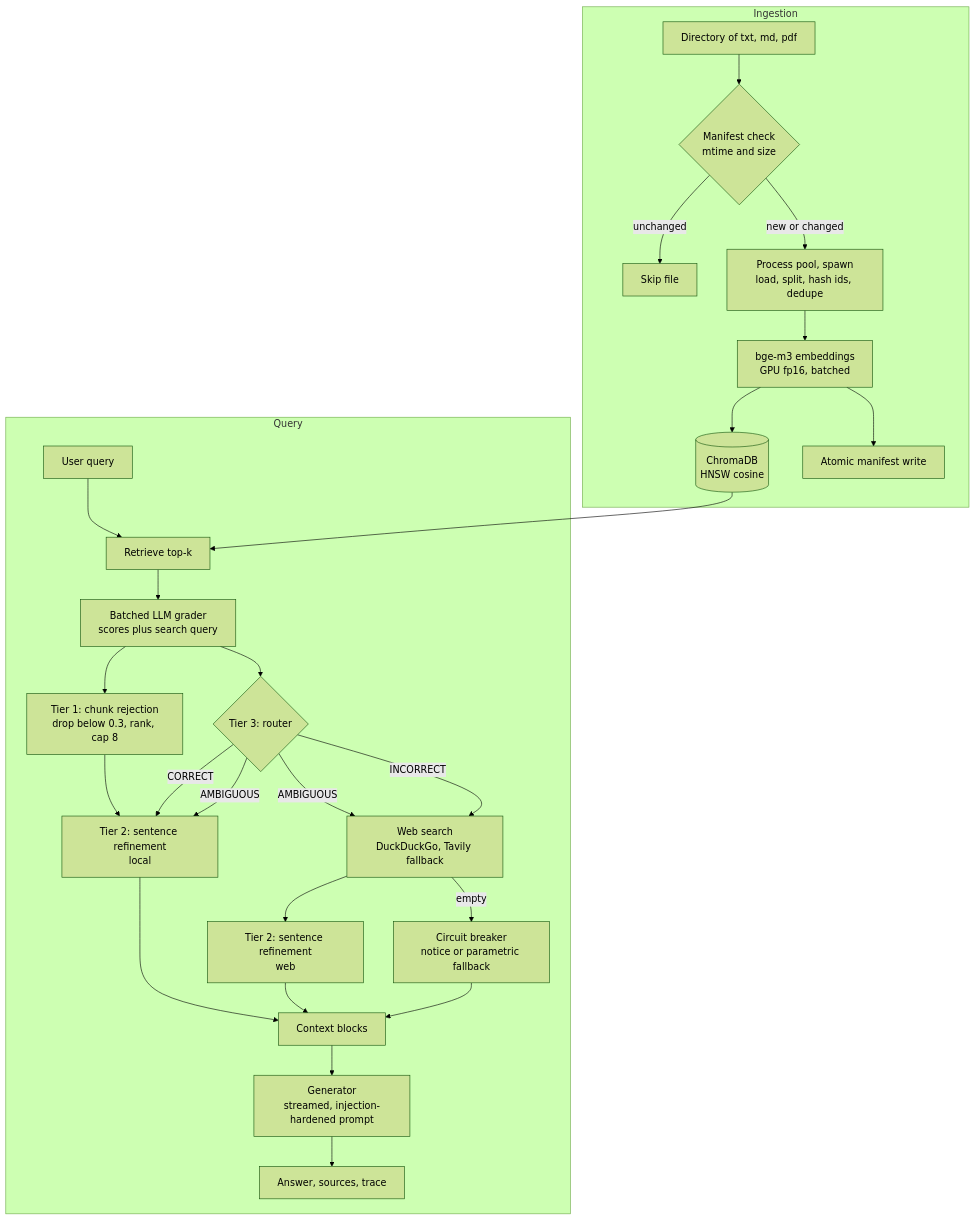
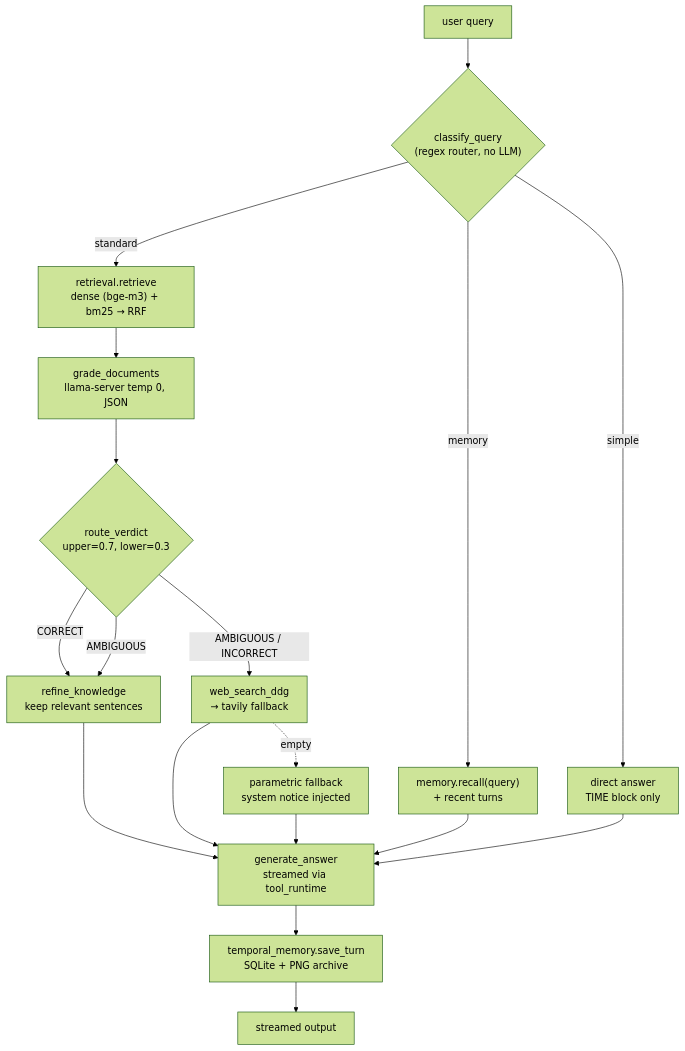
Before and after one commit to hacktivist211/ULTRON: the sixth of 6 diagrams in README.md, drawn with Mermaid (forest theme). The commit also changed other lines of this file, not shown here.

````diff
--- a/README.md
+++ b/README.md
@@ -68,31 +367,24 @@
 ```mermaid
 flowchart TD
-    subgraph Ingestion
-        D[Directory of txt, md, pdf] --> M{Manifest check<br/>mtime and size}
-        M -->|unchanged| SKIP[Skip file]
-        M -->|new or changed| PW[Process pool, spawn<br/>load, split, hash ids, dedupe]
-        PW --> EMB[bge-m3 embeddings<br/>GPU fp16, batched]
-        EMB --> VS[(ChromaDB<br/>HNSW cosine)]
-        EMB --> MAN[Atomic manifest write]
-    end
+    Q["user query"] --> R{"classify_query<br/>(regex router, no LLM)"}
+    R -->|simple| D["direct answer<br/>TIME block only"]
+    R -->|memory| ME["memory.recall(query)<br/>+ recent turns"]
+    R -->|standard| GR["retrieval.retrieve<br/>dense (bge-m3) + bm25 → RRF"]
 
-    subgraph Query
-        Q[User query] --> RET[Retrieve top-k]
-        VS --> RET
-        RET --> GR[Batched LLM grader<br/>scores plus search query]
-        GR --> T1[Tier 1: chunk rejection<br/>drop below 0.3, rank, cap 8]
-        GR --> RT{Tier 3: router}
-        T1 --> RL[Tier 2: sentence refinement<br/>local]
-        RT -->|CORRECT| RL
-        RT -->|AMBIGUOUS| RL
-        RT -->|AMBIGUOUS| WEB[Web search<br/>DuckDuckGo, Tavily fallback]
-        RT -->|INCORRECT| WEB
-        WEB --> RW[Tier 2: sentence refinement<br/>web]
-        WEB -->|empty| CB[Circuit breaker<br/>notice or parametric fallback]
-        RL --> CTX[Context blocks]
-        RW --> CTX
-        CB --> CTX
-        CTX --> GEN[Generator<br/>streamed, injection-hardened prompt]
-        GEN --> OUT[Answer, sources, trace]
-    end
+    GR --> GD["grade_documents<br/>llama-server temp 0, JSON"]
+    GD --> V{"route_verdict<br/>upper=0.7, lower=0.3"}
+
+    V -->|CORRECT| RF["refine_knowledge<br/>keep relevant sentences"]
+    V -->|AMBIGUOUS| RF
+    V -->|AMBIGUOUS / INCORRECT| WS["web_search_ddg<br/>→ tavily fallback"]
+
+    RF --> GEN["generate_answer<br/>streamed via tool_runtime"]
+    WS --> GEN
+    WS -.->|empty| PARAM["parametric fallback<br/>system notice injected"]
+    PARAM --> GEN
+    ME --> GEN
+    D --> GEN
+
+    GEN --> SAVE["temporal_memory.save_turn<br/>SQLite + PNG archive"]
+    SAVE --> OUT["streamed output"]
 ```
````
